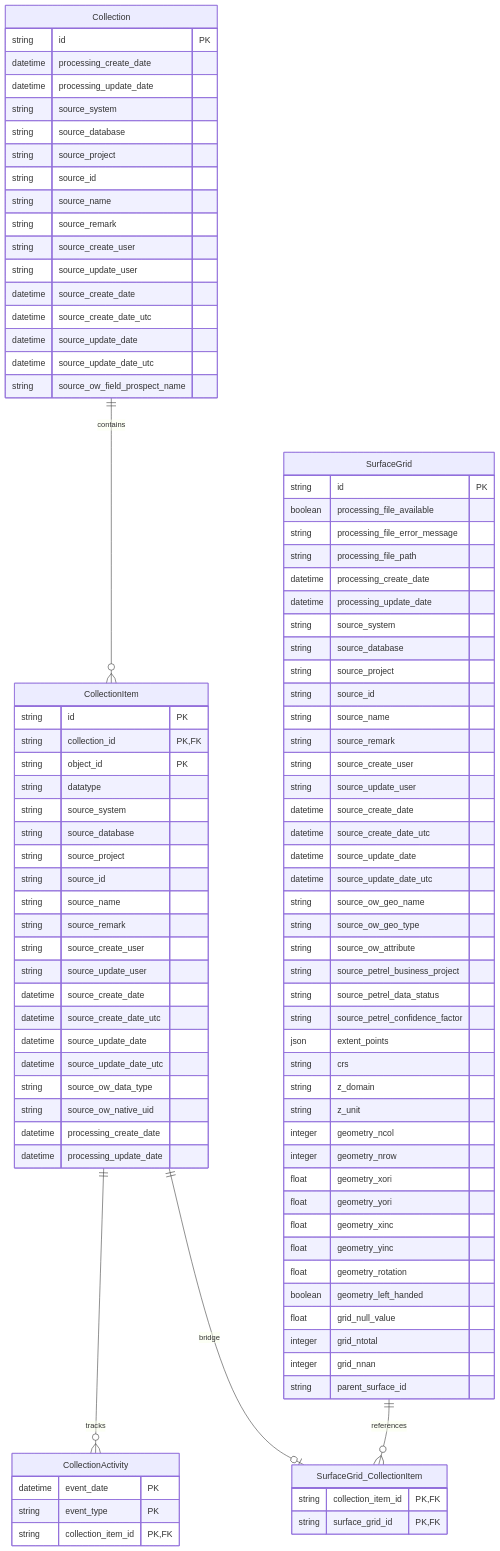
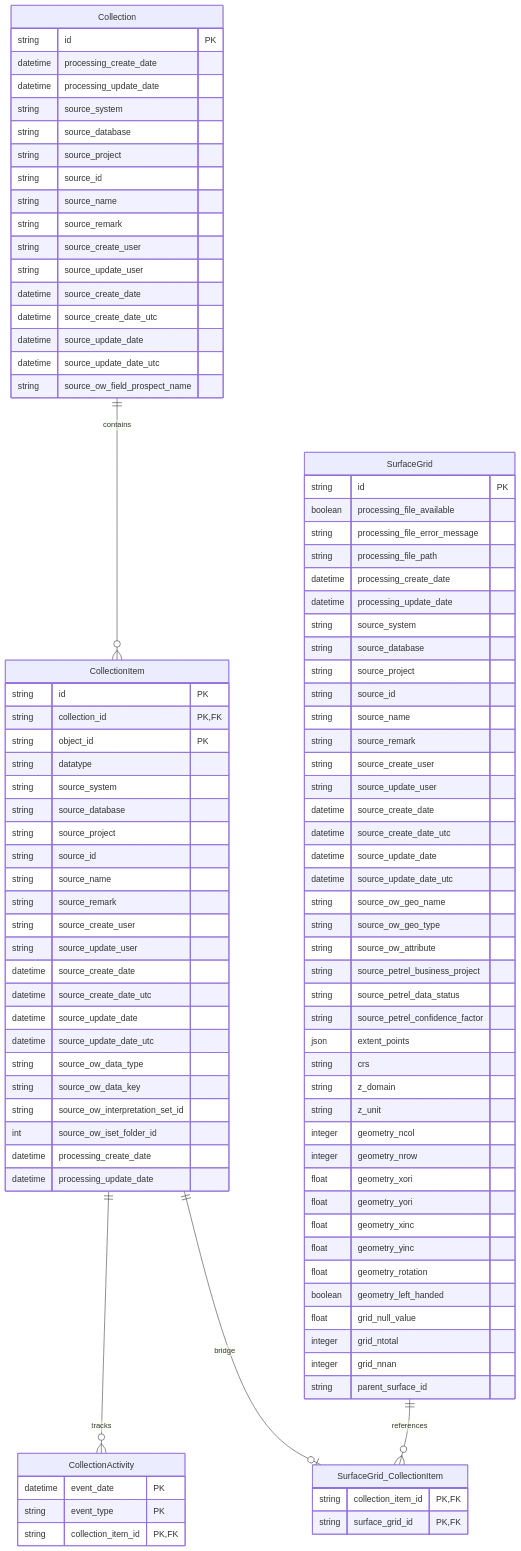
The diagram in docs/database_model.md (equinor/interpretation-models), drawn with Mermaid before and after one commit. The commit also changed 4 other files, not shown here.

Commit message:
feat: add data key, iset id and iset folder to CI OW metadata

```diff
--- a/docs/database_model.md
+++ b/docs/database_model.md
@@ -80,7 +80,9 @@
         datetime source_update_date
         datetime source_update_date_utc
         string source_ow_data_type
-        string source_ow_native_uid
+        string source_ow_data_key
+        string source_ow_interpretation_set_id
+        int source_ow_iset_folder_id
         datetime processing_create_date
         datetime processing_update_date
     }
```
